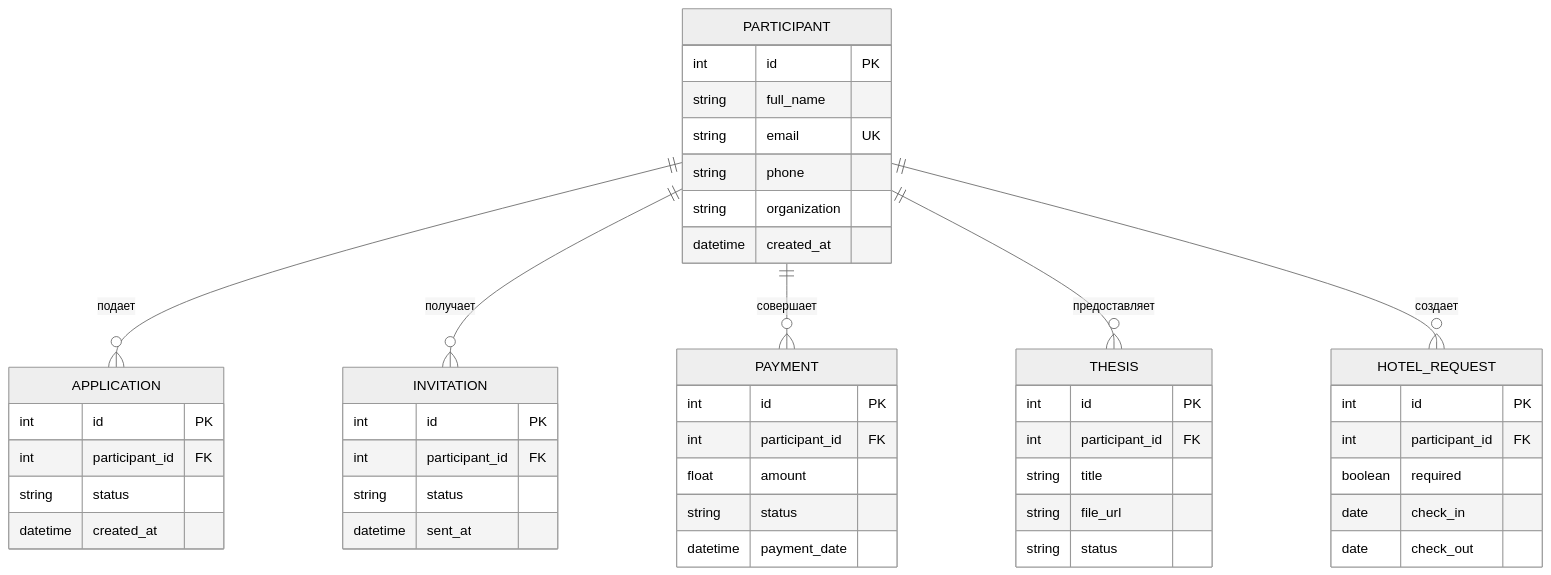
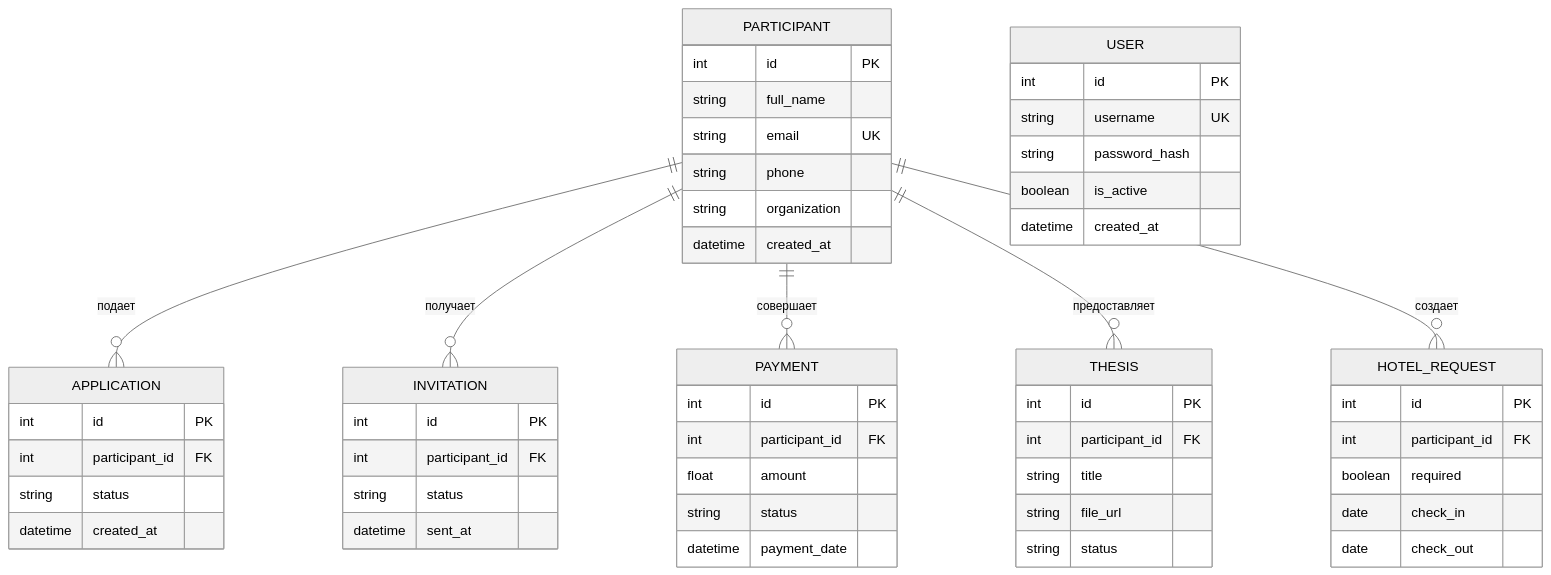
The diagram in docs/data-schema.md (Ekaterinakokonina200/conference_DevOps), drawn with Mermaid (neutral theme) before and after one commit. The commit also changed other lines of this file and 1 other file, not shown here.

Commit message:
docs: document users schema and authentication API

````diff
--- a/docs/data-schema.md
+++ b/docs/data-schema.md
@@ -19,49 +22,63 @@
 ```mermaid
 erDiagram
     PARTICIPANT ||--o{ APPLICATION : "подает"
     PARTICIPANT ||--o{ INVITATION : "получает"
     PARTICIPANT ||--o{ PAYMENT : "совершает"
     PARTICIPANT ||--o{ THESIS : "предоставляет"
     PARTICIPANT ||--o{ HOTEL_REQUEST : "создает"
+
+    USER {
+        int id PK
+        string username UK
+        string password_hash
+        boolean is_active
+        datetime created_at
+    }
+
     PARTICIPANT {
         int id PK
         string full_name
         string email UK
         string phone
         string organization
         datetime created_at
     }
+
     APPLICATION {
         int id PK
         int participant_id FK
         string status
         datetime created_at
     }
+
     INVITATION {
         int id PK
         int participant_id FK
         string status
         datetime sent_at
     }
+
     PAYMENT {
         int id PK
         int participant_id FK
         float amount
         string status
         datetime payment_date
     }
+
     THESIS {
         int id PK
         int participant_id FK
         string title
         string file_url
         string status
     }
+
     HOTEL_REQUEST {
         int id PK
         int participant_id FK
         boolean required
         date check_in
         date check_out
     }
 ```
````
